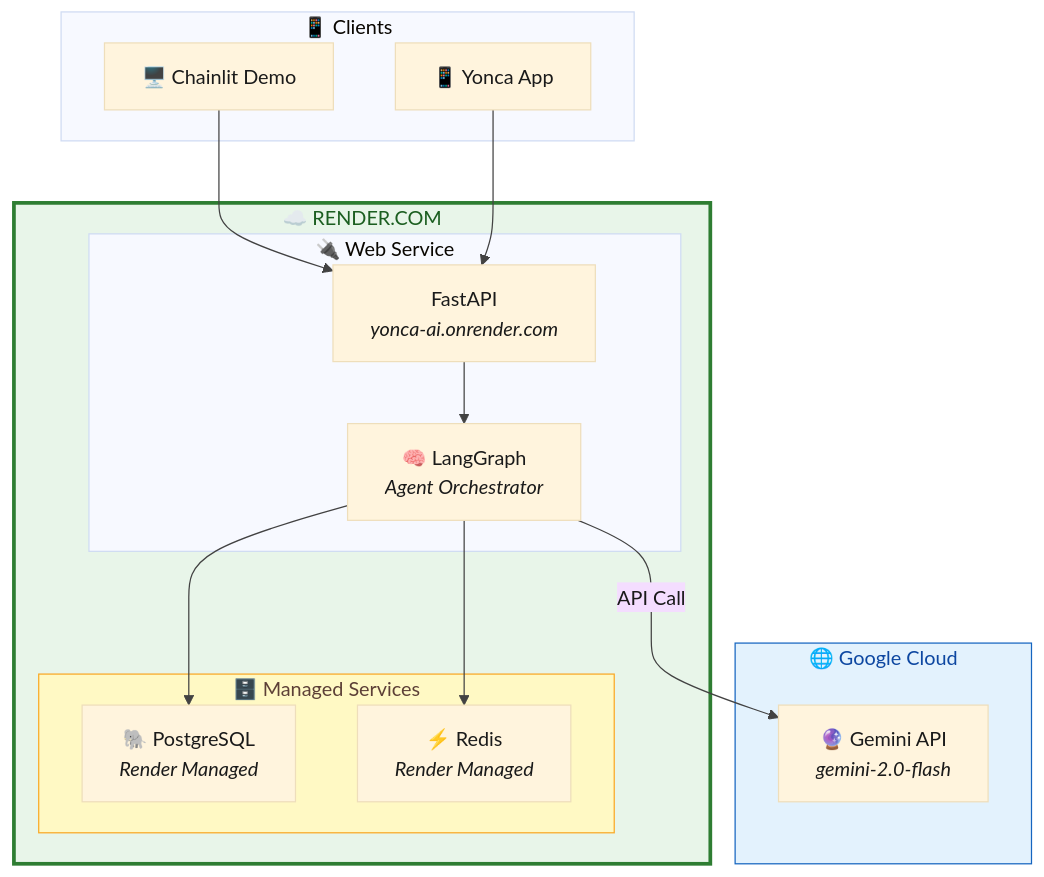
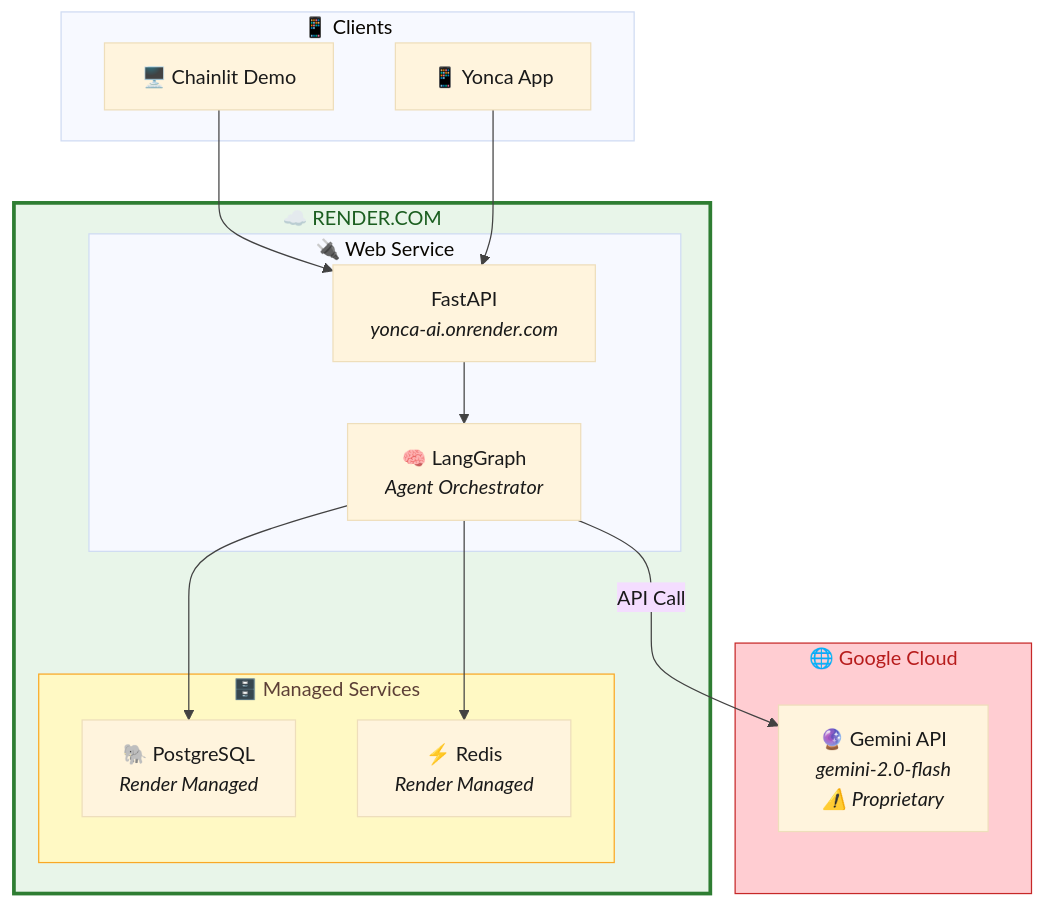
The third of 3 diagrams in docs/zekalab/12-DUAL-MODE-DEPLOYMENT.md (Px8Studio/yonja), drawn with Mermaid before and after one commit. The commit also changed other lines of this file and 8 other files, not shown here.

````diff
--- a/docs/zekalab/12-DUAL-MODE-DEPLOYMENT.md
+++ b/docs/zekalab/12-DUAL-MODE-DEPLOYMENT.md
@@ -86,37 +116,37 @@
 ```mermaid
 %%{init: {'theme': 'base', 'themeVariables': { 'primaryTextColor': '#1a1a1a', 'lineColor': '#424242'}}}%%
 graph TB
     subgraph render["☁️ RENDER.COM"]
         subgraph api_service["🔌 Web Service"]
             api["FastAPI<br/><i>yonca-ai.onrender.com</i>"]
             brain["🧠 LangGraph<br/><i>Agent Orchestrator</i>"]
         end
         
         subgraph managed["🗄️ Managed Services"]
             pg["🐘 PostgreSQL<br/><i>Render Managed</i>"]
             redis["⚡ Redis<br/><i>Render Managed</i>"]
         end
         
         api --> brain
         brain --> pg
         brain --> redis
     end
     
     subgraph google["🌐 Google Cloud"]
-        gemini["🔮 Gemini API<br/><i>gemini-2.0-flash</i>"]
+        gemini["🔮 Gemini API<br/><i>gemini-2.0-flash</i><br/><i>⚠️ Proprietary</i>"]
     end
     
     brain -->|"API Call"| gemini
     
     subgraph clients["📱 Clients"]
         demo["🖥️ Chainlit Demo"]
         mobile["📱 Yonca App"]
     end
     
     demo --> api
     mobile --> api
     
     style render fill:#e8f5e9,stroke:#2e7d32,stroke-width:3px,color:#1b5e20
-    style google fill:#e3f2fd,stroke:#1565c0,color:#0d47a1
+    style google fill:#ffcdd2,stroke:#c62828,color:#b71c1c
     style managed fill:#fff9c4,stroke:#f9a825,color:#5d4037
 ```
````
